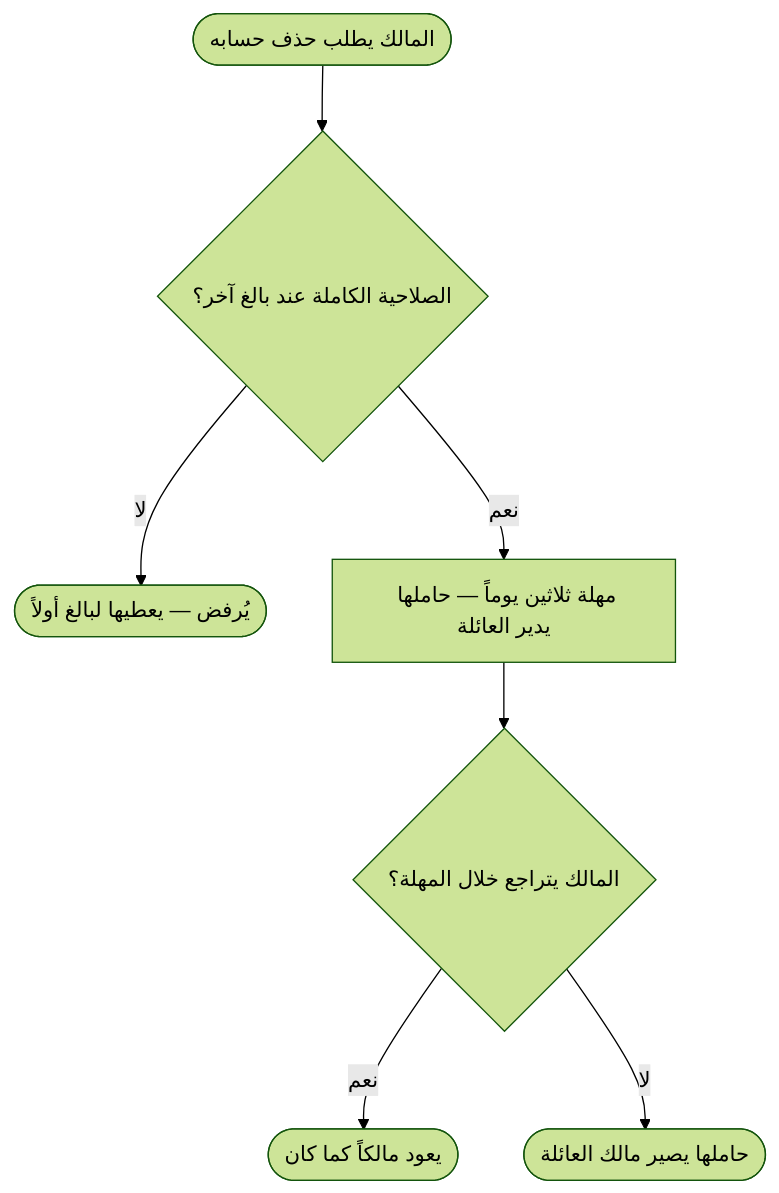
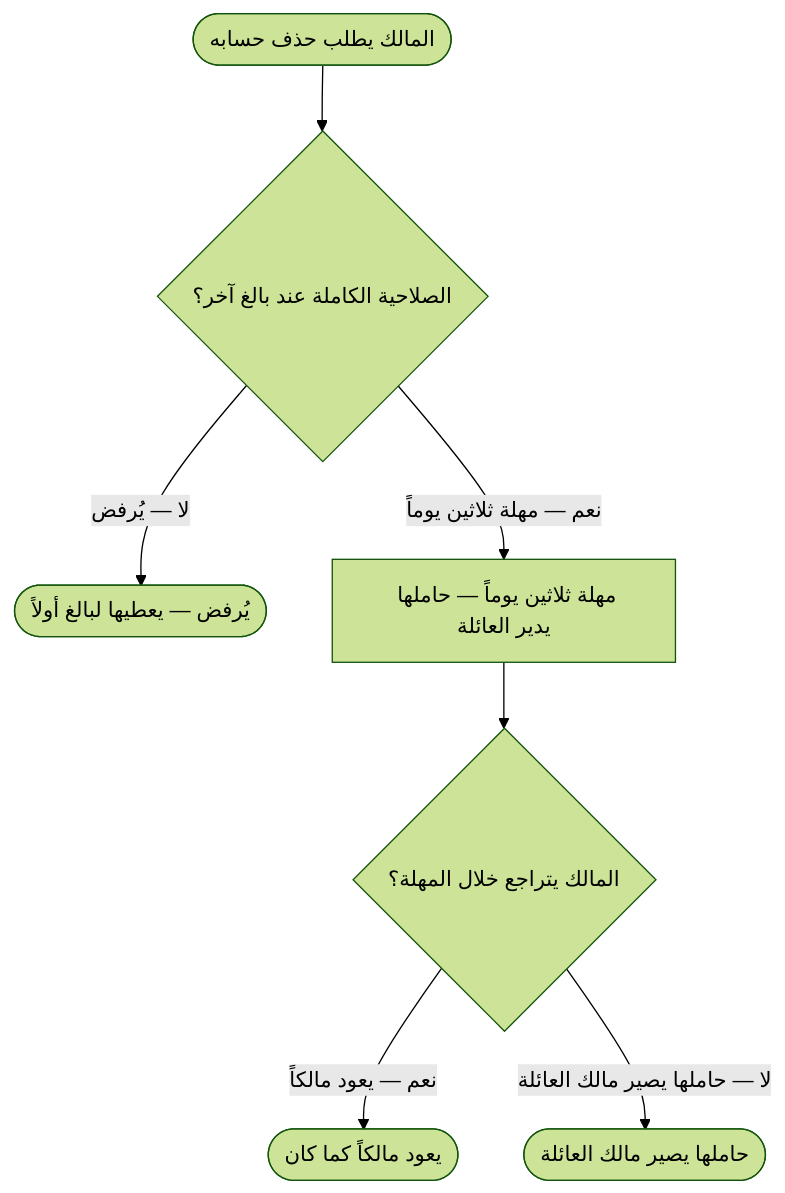
One commit to Bassam-mohammed-alqaeadi/family-os-v2 changed diagram 25 of 40 in docs/family-os/governance/phases/phase-1/S1-03-family-roles-and-permissions/DIAGRAMS.md. Above: the diagram before and after it, drawn with Mermaid (forest theme). The commit also changed other lines of this file, not shown here.

Commit message:
إصلاح S1-03 (فحص GitHub بعد الشكل 2) — §4-د/4-هـ/4-و و§6: توسيع تسميات «نعم/لا» + فروع «لا» في 6-هـ وتقسيمها إلى لوحتين

````diff
--- a/docs/family-os/governance/phases/phase-1/S1-03-family-roles-and-permissions/DIAGRAMS.md
+++ b/docs/family-os/governance/phases/phase-1/S1-03-family-roles-and-permissions/DIAGRAMS.md
@@ -1002,9 +1006,9 @@
 ```mermaid
 flowchart TD
     F1([المالك يطلب حذف حسابه]) --> F2{الصلاحية الكاملة عند بالغ آخر؟}
-    F2 -->|لا| F3([يُرفض — يعطيها لبالغ أولاً])
-    F2 -->|نعم| F4[مهلة ثلاثين يوماً — حاملها يدير العائلة]
+    F2 -->|لا — يُرفض| F3([يُرفض — يعطيها لبالغ أولاً])
+    F2 -->|نعم — مهلة ثلاثين يوماً| F4[مهلة ثلاثين يوماً — حاملها يدير العائلة]
     F4 --> F5{المالك يتراجع خلال المهلة؟}
-    F5 -->|نعم| F6([يعود مالكاً كما كان])
-    F5 -->|لا| F7([حاملها يصير مالك العائلة])
+    F5 -->|نعم — يعود مالكاً| F6([يعود مالكاً كما كان])
+    F5 -->|لا — حاملها يصير مالك العائلة| F7([حاملها يصير مالك العائلة])
 ```
````
